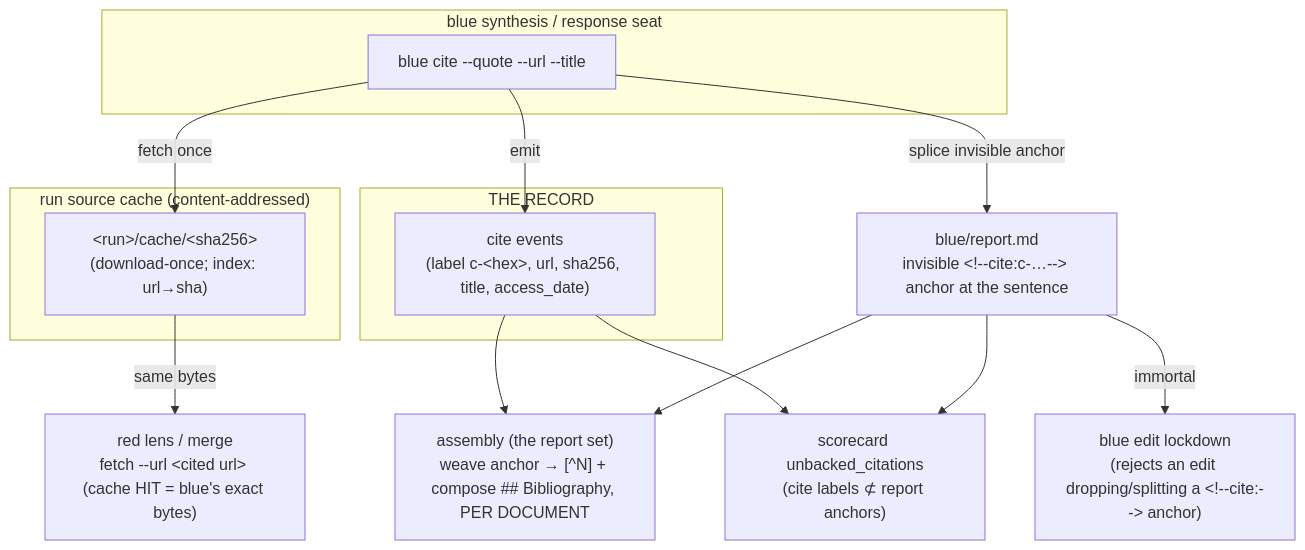
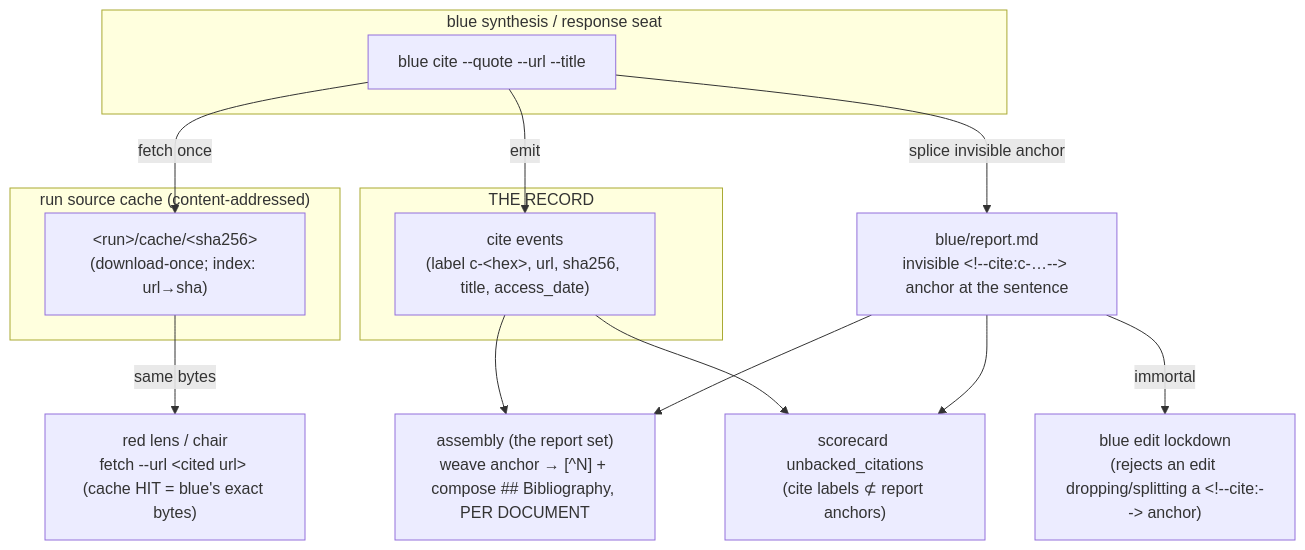
The third of 3 diagrams in plugins/frank-exchange-of-views/docs/record-flow.md (ctoforaday/special-circumstances), drawn with Mermaid before and after one commit. The commit also changed other lines of this file and 137 other files, not shown here.

First line of the commit message:
feov: the chair's role id is `chair` — "merge" means only blue's union of the lanes

````diff
--- a/plugins/frank-exchange-of-views/docs/record-flow.md
+++ b/plugins/frank-exchange-of-views/docs/record-flow.md
@@ -90,27 +90,27 @@
 ```mermaid
 flowchart TB
   subgraph blue["blue synthesis / response seat"]
     BC["blue cite --quote --url --title"]
   end
   subgraph cache["run source cache (content-addressed)"]
     CF["&lt;run&gt;/cache/&lt;sha256&gt;<br/>(download-once; index: url→sha)"]
   end
   subgraph record["THE RECORD"]
     CEV["cite events<br/>(label c-&lt;hex&gt;, url, sha256, title, access_date)"]
   end
   RPT["blue/report.md<br/>invisible &lt;!--cite:c-…--&gt; anchor at the sentence"]
-  RED["red lens / merge<br/>fetch --url &lt;cited url&gt; (cache HIT = blue's exact bytes)"]
+  RED["red lens / chair<br/>fetch --url &lt;cited url&gt; (cache HIT = blue's exact bytes)"]
   ASM["assembly (the report set)<br/>weave anchor → [^N] + compose ## Bibliography, PER DOCUMENT"]
   DET["scorecard unbacked_citations<br/>(cite labels ⊄ report anchors)"]
   LOCK["blue edit lockdown<br/>(rejects an edit dropping/splitting a &lt;!--cite:--&gt; anchor)"]
 
   BC -->|fetch once| CF
   BC -->|emit| CEV
   BC -->|splice invisible anchor| RPT
   CF -->|same bytes| RED
   RPT -->|immortal| LOCK
   CEV --> ASM
   RPT --> ASM
   CEV --> DET
   RPT --> DET
 ```
````
